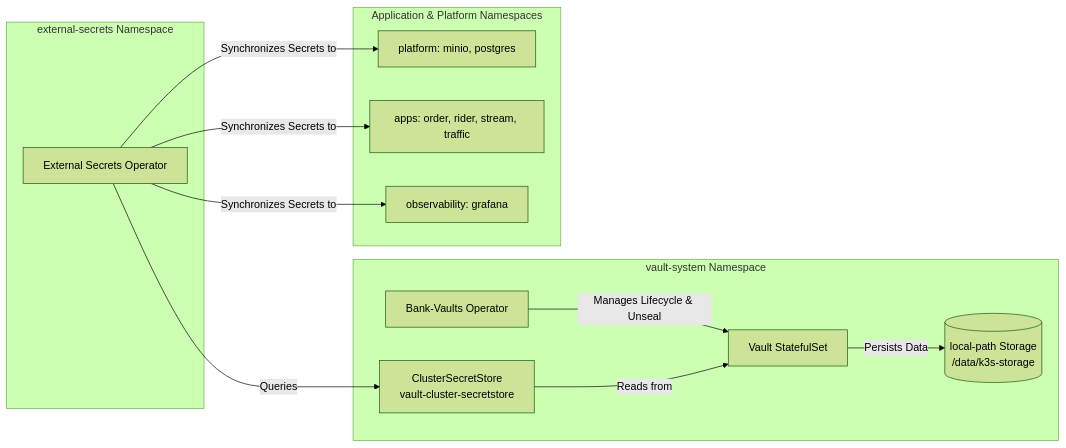
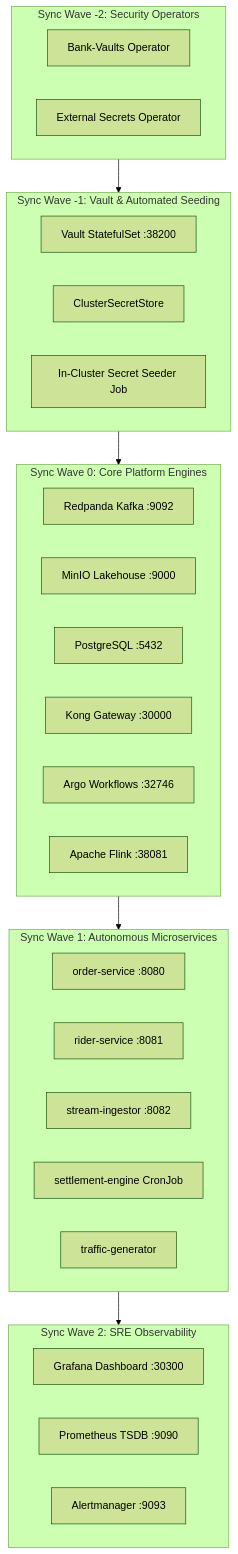
One commit to gxxtrp/CloudNative-DataPlatform changed the third of 3 diagrams in docs/setup/README.md. Above: the diagram before and after it, drawn with Mermaid (forest theme). The commit also changed other lines of this file and 11 other files, not shown here.

Commit message:
feat(gitops): implement Option B full GitOps bootstrap with sync waves and in-cluster secret seeder

````diff
--- a/docs/setup/README.md
+++ b/docs/setup/README.md
@@ -186,18 +186,41 @@
 ```mermaid
-flowchart LR
-    subgraph Security["vault-system Namespace"]
-        O1[Bank-Vaults Operator] -->|Manages Lifecycle & Unseal| V[Vault StatefulSet]
-        V -->|Persists Data| LP[(local-path Storage<br/>/data/k3s-storage)]
-        CSS[ClusterSecretStore<br/>vault-cluster-secretstore] -->|Reads from| V
+flowchart TD
+    subgraph WaveNeg2["Sync Wave -2: Security Operators"]
+        BVO[Bank-Vaults Operator]
+        ESO[External Secrets Operator]
     end
 
-    subgraph ESO["external-secrets Namespace"]
-        O2[External Secrets Operator] -->|Queries| CSS
+    subgraph WaveNeg1["Sync Wave -1: Vault & Automated Seeding"]
+        V[Vault StatefulSet :38200]
+        CSS[ClusterSecretStore]
+        SEED[In-Cluster Secret Seeder Job]
     end
 
-    subgraph Workloads["Application & Platform Namespaces"]
-        O2 -->|Synchronizes Secrets to| P[platform: minio, postgres]
-        O2 -->|Synchronizes Secrets to| A[apps: order, rider, stream, traffic]
-        O2 -->|Synchronizes Secrets to| OB[observability: grafana]
+    subgraph Wave0["Sync Wave 0: Core Platform Engines"]
+        RP[Redpanda Kafka :9092]
+        MIN[MinIO Lakehouse :9000]
+        PG[PostgreSQL :5432]
+        KONG[Kong Gateway :30000]
+        AW[Argo Workflows :32746]
+        FL[Apache Flink :38081]
     end
+
+    subgraph Wave1["Sync Wave 1: Autonomous Microservices"]
+        ORD[order-service :8080]
+        RDR[rider-service :8081]
+        STR[stream-ingestor :8082]
+        SET[settlement-engine CronJob]
+        TRF[traffic-generator]
+    end
+
+    subgraph Wave2["Sync Wave 2: SRE Observability"]
+        GRAF[Grafana Dashboard :30300]
+        PROM[Prometheus TSDB :9090]
+        ALT[Alertmanager :9093]
+    end
+
+    WaveNeg2 --> WaveNeg1
+    WaveNeg1 --> Wave0
+    Wave0 --> Wave1
+    Wave1 --> Wave2
 ```
````
